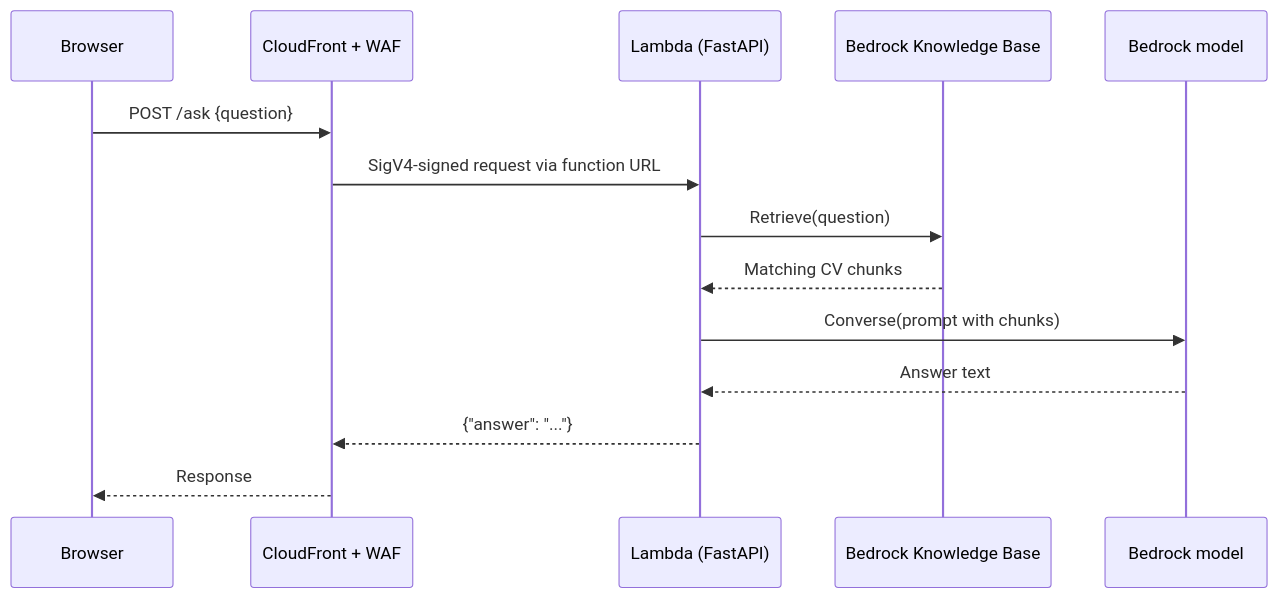
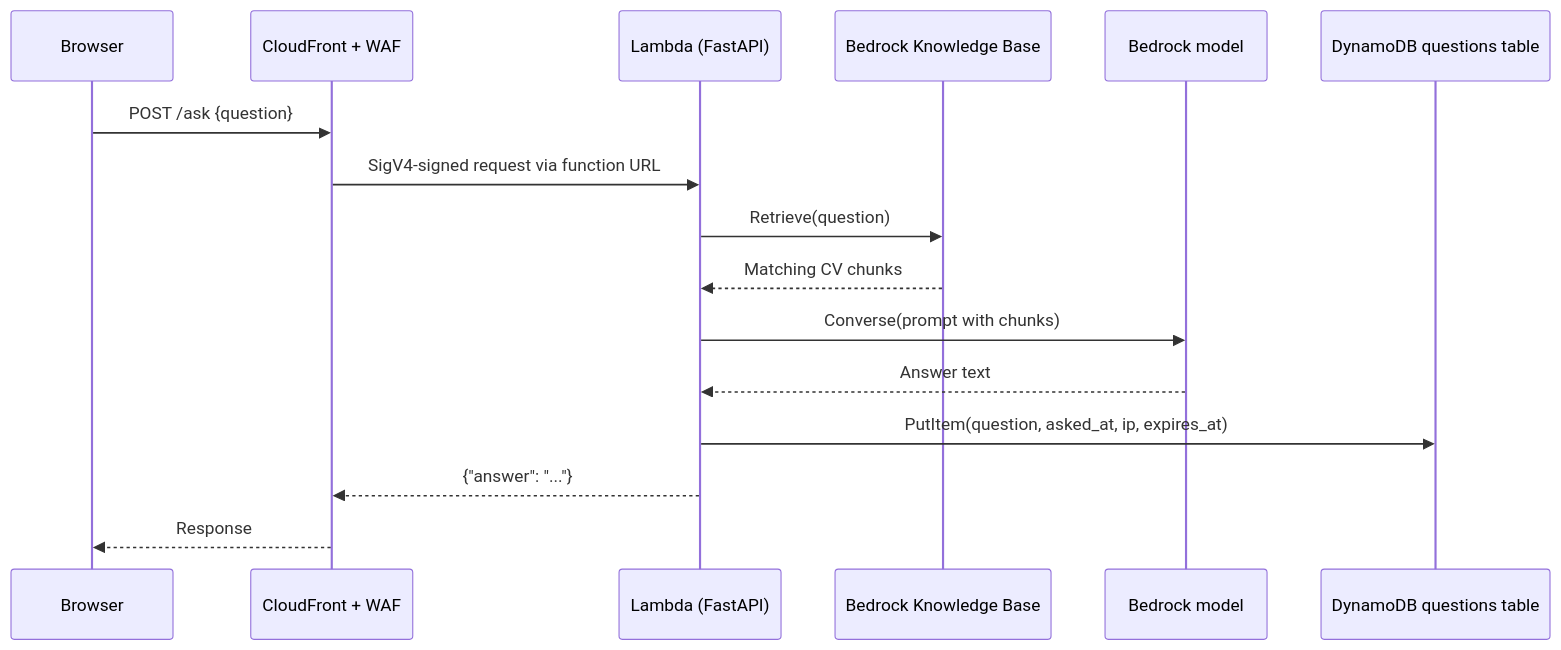
Before and after one commit to julian-berks/cv_app: the second of 3 diagrams in docs/architecture.md, drawn with Mermaid. The commit also changed other lines of this file and 12 other files, not shown here.

````diff
--- a/docs/architecture.md
+++ b/docs/architecture.md
@@ -68,17 +73,19 @@
 ```mermaid
 sequenceDiagram
     participant B as Browser
     participant CF as CloudFront + WAF
     participant L as Lambda (FastAPI)
     participant KB as Bedrock Knowledge Base
     participant M as Bedrock model
+    participant D as DynamoDB questions table
 
     B->>CF: POST /ask {question}
     CF->>L: SigV4-signed request via function URL
     L->>KB: Retrieve(question)
     KB-->>L: Matching CV chunks
     L->>M: Converse(prompt with chunks)
     M-->>L: Answer text
+    L->>D: PutItem(question, asked_at, ip, expires_at)
     L-->>CF: {"answer": "..."}
     CF-->>B: Response
 ```
````
